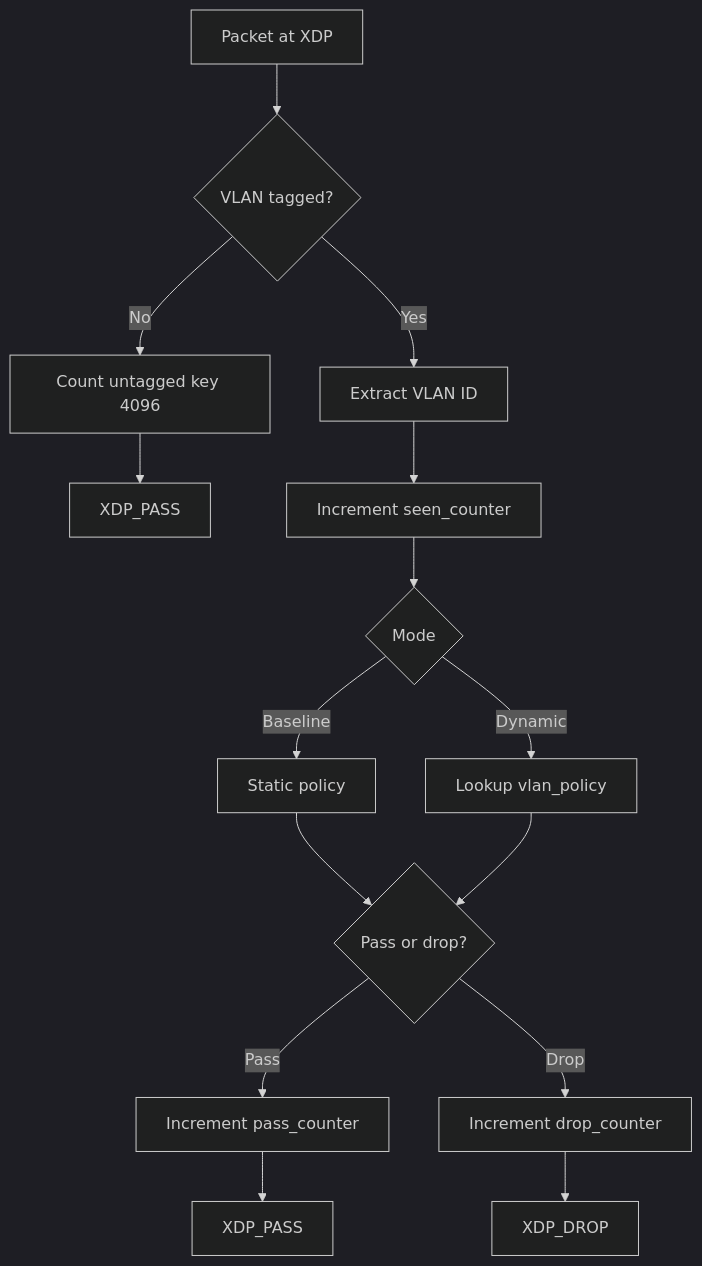
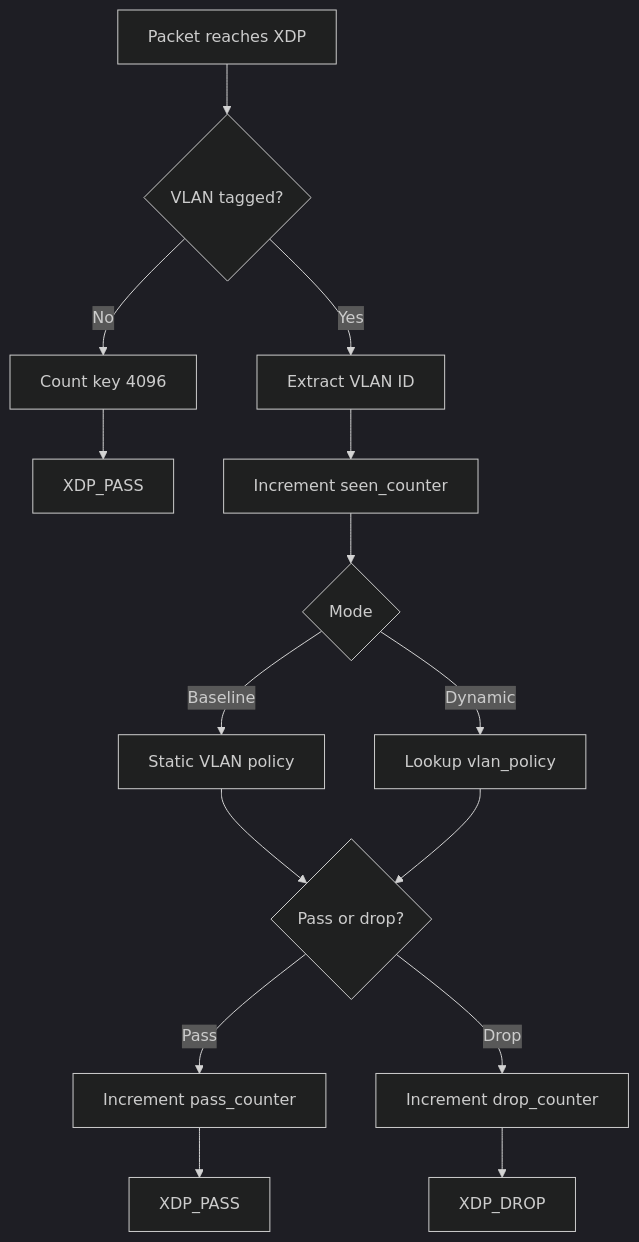
One commit to atoummomen/xdp-vlan-policy-filter changed the diagram in README.md. Above: the diagram before and after it, drawn with Mermaid (dark theme). The commit also changed other lines of this file, not shown here.

````diff
--- a/README.md
+++ b/README.md
@@ -157,17 +167,17 @@
 ```mermaid
 flowchart TD
-    A[Packet at XDP] --> B{VLAN tagged?}
-    B -- No --> C[Count untagged key 4096]
+    A[Packet reaches XDP] --> B{VLAN tagged?}
+    B -- No --> C[Count key 4096]
     C --> D[XDP_PASS]
     B -- Yes --> E[Extract VLAN ID]
     E --> F[Increment seen_counter]
     F --> G{Mode}
-    G -- Baseline --> H[Static policy]
+    G -- Baseline --> H[Static VLAN policy]
     G -- Dynamic --> I[Lookup vlan_policy]
     H --> J{Pass or drop?}
     I --> J
     J -- Pass --> K[Increment pass_counter]
     J -- Drop --> L[Increment drop_counter]
     K --> M[XDP_PASS]
     L --> N[XDP_DROP]
 ```
````
